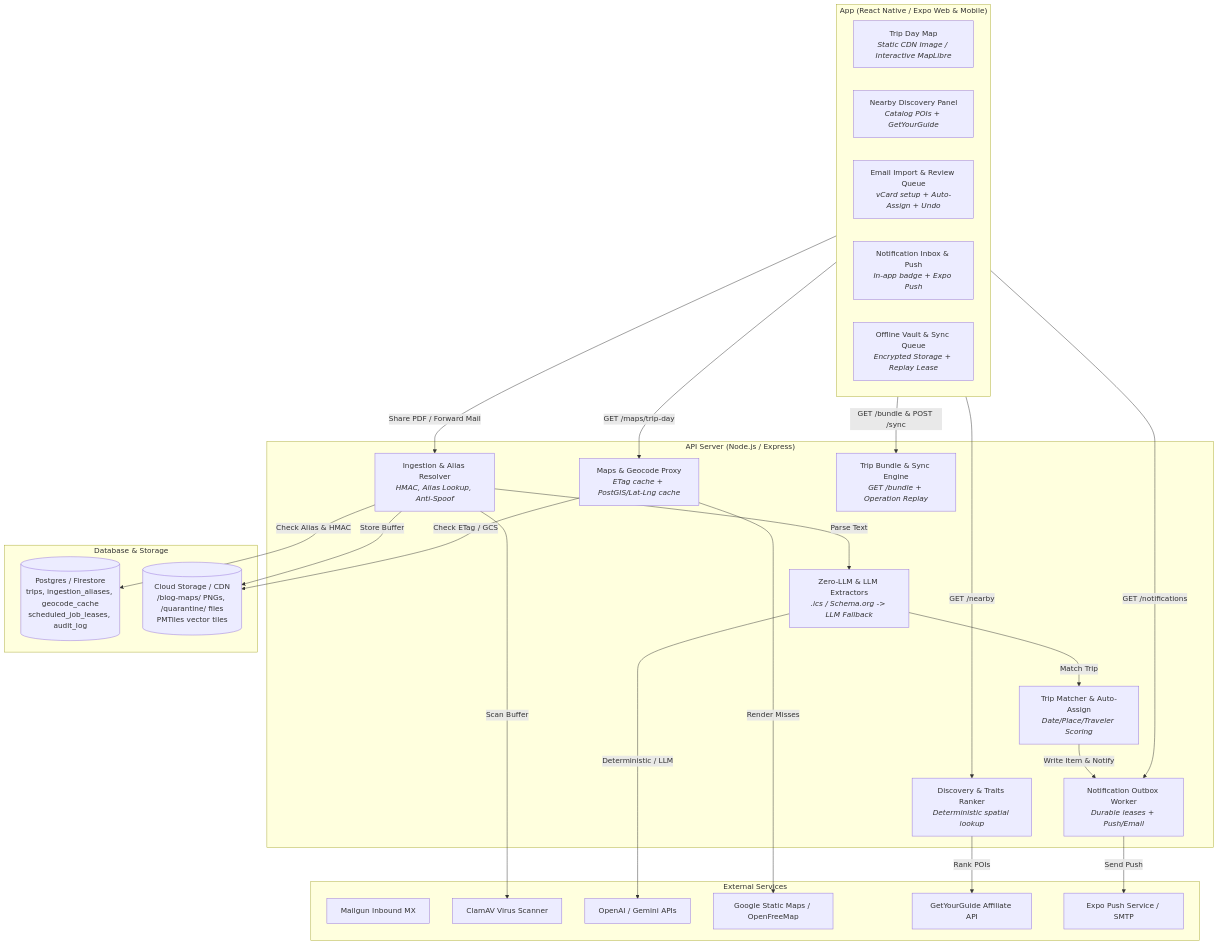
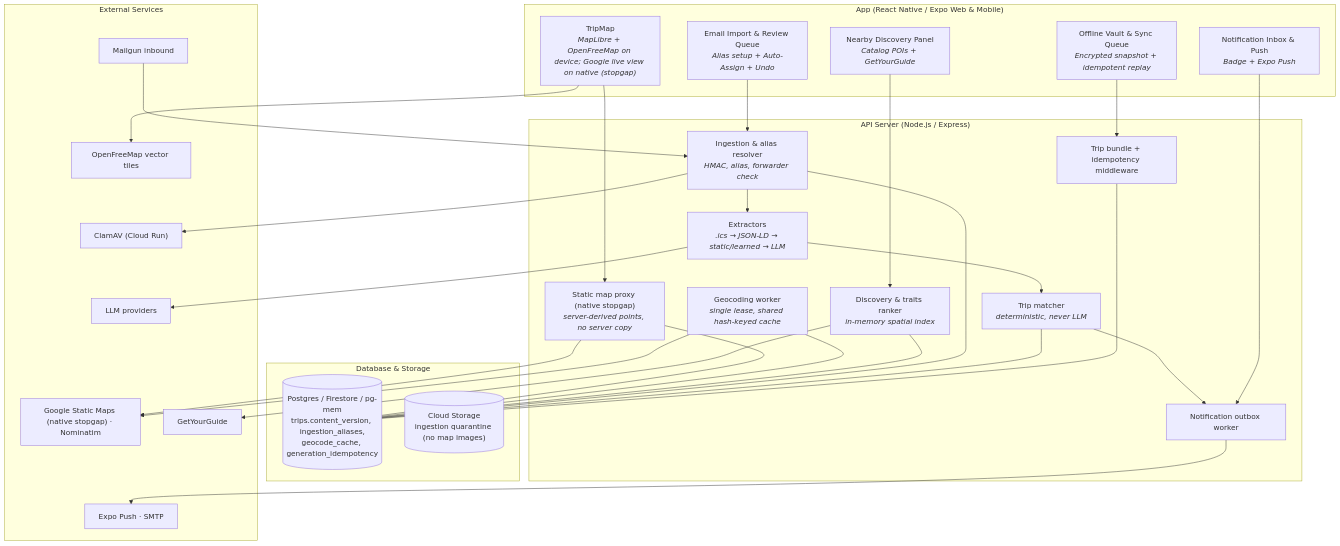
Before and after one commit to Duerk-Industries/Travel-Itinerary-App: the first of 3 diagrams in docs/implementation_plans/implementation-plan-gap-closing.md, drawn with Mermaid. The commit also changed other lines of this file, not shown here.

````diff
--- a/docs/implementation_plans/implementation-plan-gap-closing.md
+++ b/docs/implementation_plans/implementation-plan-gap-closing.md
@@ -51,53 +59,48 @@
 ```mermaid
 flowchart TD
   subgraph Client["App (React Native / Expo Web & Mobile)"]
-    UI_Map["Trip Day Map<br/><i>Static CDN Image / Interactive MapLibre</i>"]
+    UI_Map["TripMap<br/><i>MapLibre + OpenFreeMap on device; Google live view on native (stopgap)</i>"]
     UI_Disc["Nearby Discovery Panel<br/><i>Catalog POIs + GetYourGuide</i>"]
-    UI_Ingest["Email Import & Review Queue<br/><i>vCard setup + Auto-Assign + Undo</i>"]
-    UI_Notif["Notification Inbox & Push<br/><i>In-app badge + Expo Push</i>"]
-    UI_Off["Offline Vault & Sync Queue<br/><i>Encrypted Storage + Replay Lease</i>"]
+    UI_Ingest["Email Import & Review Queue<br/><i>Alias setup + Auto-Assign + Undo</i>"]
+    UI_Notif["Notification Inbox & Push<br/><i>Badge + Expo Push</i>"]
+    UI_Off["Offline Vault & Sync Queue<br/><i>Encrypted snapshot + idempotent replay</i>"]
   end
 
   subgraph Server["API Server (Node.js / Express)"]
-    API_Maps["Maps & Geocode Proxy<br/><i>ETag cache + PostGIS/Lat-Lng cache</i>"]
-    API_Disc["Discovery & Traits Ranker<br/><i>Deterministic spatial lookup</i>"]
-    API_Ingest["Ingestion & Alias Resolver<br/><i>HMAC, Alias Lookup, Anti-Spoof</i>"]
-    API_Extract["Zero-LLM & LLM Extractors<br/><i>.ics / Schema.org -> LLM Fallback</i>"]
-    API_Match["Trip Matcher & Auto-Assign<br/><i>Date/Place/Traveler Scoring</i>"]
-    API_Notif["Notification Outbox Worker<br/><i>Durable leases + Push/Email</i>"]
-    API_Sync["Trip Bundle & Sync Engine<br/><i>GET /bundle + Operation Replay</i>"]
+    API_Maps["Static map proxy (native stopgap)<br/><i>server-derived points, no server copy</i>"]
+    API_Geo["Geocoding worker<br/><i>single lease, shared hash-keyed cache</i>"]
+    API_Disc["Discovery & traits ranker<br/><i>in-memory spatial index</i>"]
+    API_Ingest["Ingestion & alias resolver<br/><i>HMAC, alias, forwarder check</i>"]
+    API_Extract["Extractors<br/><i>.ics → JSON-LD → static/learned → LLM</i>"]
+    API_Match["Trip matcher<br/><i>deterministic, never LLM</i>"]
+    API_Notif["Notification outbox worker"]
+    API_Sync["Trip bundle + idempotency middleware"]
   end
 
-  subgraph Database["Database & Storage"]
-    DB_Postgres[("Postgres / Firestore<br/>trips, ingestion_aliases, geocode_cache<br/>scheduled_job_leases, audit_log")]
-    GCS[("Cloud Storage / CDN<br/>/blog-maps/ PNGs, /quarantine/ files<br/>PMTiles vector tiles")]
+  subgraph Storage["Database & Storage"]
+    DB[("Postgres / Firestore / pg-mem<br/>trips.content_version, ingestion_aliases,<br/>geocode_cache, generation_idempotency")]
+    GCS[("Cloud Storage<br/>ingestion quarantine (no map images)")]
   end
 
   subgraph External["External Services"]
-    EXT_Mailgun["Mailgun Inbound MX"]
-    EXT_ClamAV["ClamAV Virus Scanner"]
-    EXT_AI["OpenAI / Gemini APIs"]
-    EXT_Maps["Google Static Maps / OpenFreeMap"]
-    EXT_GYG["GetYourGuide Affiliate API"]
-    EXT_Push["Expo Push Service / SMTP"]
+    EXT_Mailgun["Mailgun inbound"]
+    EXT_ClamAV["ClamAV (Cloud Run)"]
+    EXT_AI["LLM providers"]
+    EXT_Maps["Google Static Maps (native stopgap) · Nominatim"]
+    EXT_Tiles["OpenFreeMap vector tiles"]
+    EXT_GYG["GetYourGuide"]
+    EXT_Push["Expo Push · SMTP"]
   end
 
-  Client -->|GET /maps/trip-day| API_Maps
-  Client -->|GET /nearby| API_Disc
-  Client -->|Share PDF / Forward Mail| API_Ingest
-  Client -->|GET /notifications| API_Notif
-  Client -->|GET /bundle & POST /sync| API_Sync
-
-  API_Ingest -->|Check Alias & HMAC| DB_Postgres
-  API_Ingest -->|Store Buffer| GCS
-  API_Ingest -->|Scan Buffer| EXT_ClamAV
-  API_Ingest -->|Parse Text| API_Extract
-  API_Extract -->|Deterministic / LLM| EXT_AI
-  API_Extract -->|Match Trip| API_Match
-  API_Match -->|Write Item & Notify| API_Notif
-
-  API_Maps -->|Check ETag / GCS| GCS
-  API_Maps -->|Render Misses| EXT_Maps
-  API_Disc -->|Rank POIs| EXT_GYG
-  API_Notif -->|Send Push| EXT_Push
+  UI_Map --> EXT_Tiles
+  UI_Map --> API_Maps --> EXT_Maps
+  API_Geo --> EXT_Maps
+  UI_Disc --> API_Disc --> EXT_GYG
+  EXT_Mailgun --> API_Ingest --> EXT_ClamAV
+  API_Ingest --> API_Extract --> EXT_AI
+  API_Extract --> API_Match --> API_Notif --> EXT_Push
+  UI_Ingest --> API_Ingest
+  UI_Notif --> API_Notif
+  UI_Off --> API_Sync
+  API_Maps & API_Geo & API_Disc & API_Ingest & API_Match & API_Sync --- DB
 ```
````
